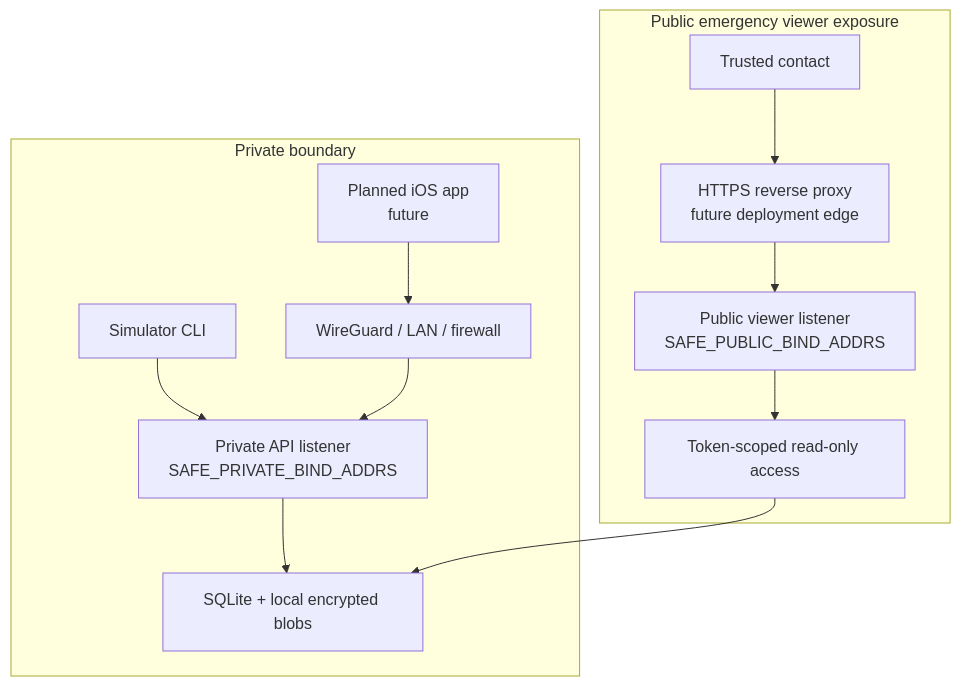
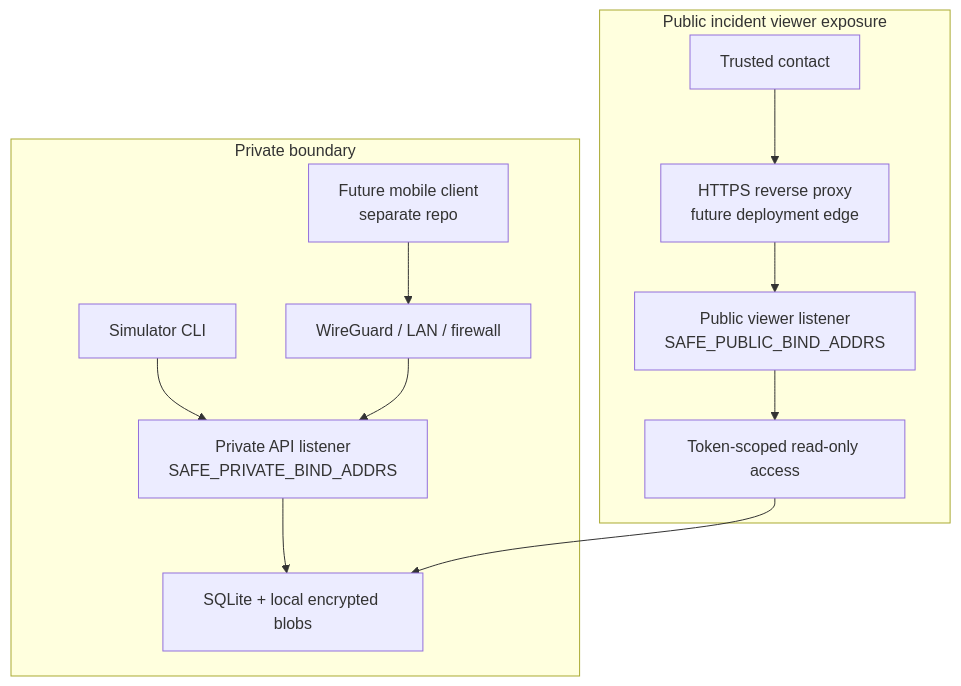
Before and after one commit to open-proofline/server: the second of 4 diagrams in docs/architecture.md, drawn with Mermaid. The commit also changed other lines of this file and 100 other files, not shown here.

````diff
--- a/docs/architecture.md
+++ b/docs/architecture.md
@@ -26,16 +70,16 @@
 ```mermaid
 flowchart TB
     subgraph PrivateNetwork["Private boundary"]
-        FuturePhone["Planned iOS app<br/>future"] --> WireGuard["WireGuard / LAN / firewall"]
+        FuturePhone["Future mobile client<br/>separate repo"] --> WireGuard["WireGuard / LAN / firewall"]
         Simulator["Simulator CLI"] --> PrivateListener["Private API listener<br/>SAFE_PRIVATE_BIND_ADDRS"]
         WireGuard --> PrivateListener
         PrivateListener --> Storage["SQLite + local encrypted blobs"]
     end
 
-    subgraph PublicEdge["Public emergency viewer exposure"]
+    subgraph PublicEdge["Public incident viewer exposure"]
         TrustedContact["Trusted contact"] --> HTTPS["HTTPS reverse proxy<br/>future deployment edge"]
         HTTPS --> PublicListener["Public viewer listener<br/>SAFE_PUBLIC_BIND_ADDRS"]
         PublicListener --> ReadOnly["Token-scoped read-only access"]
         ReadOnly --> Storage
     end
 ```
````
